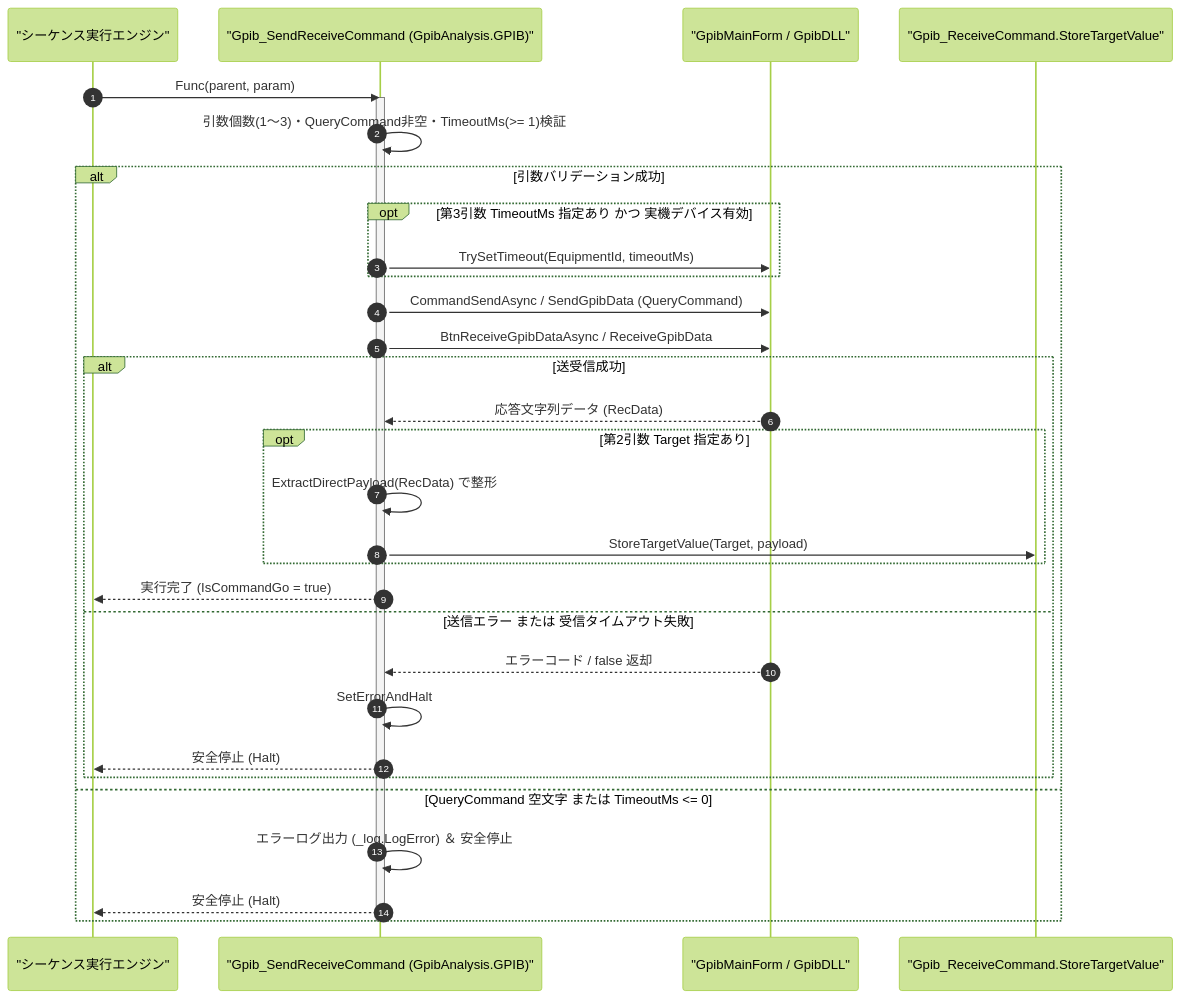
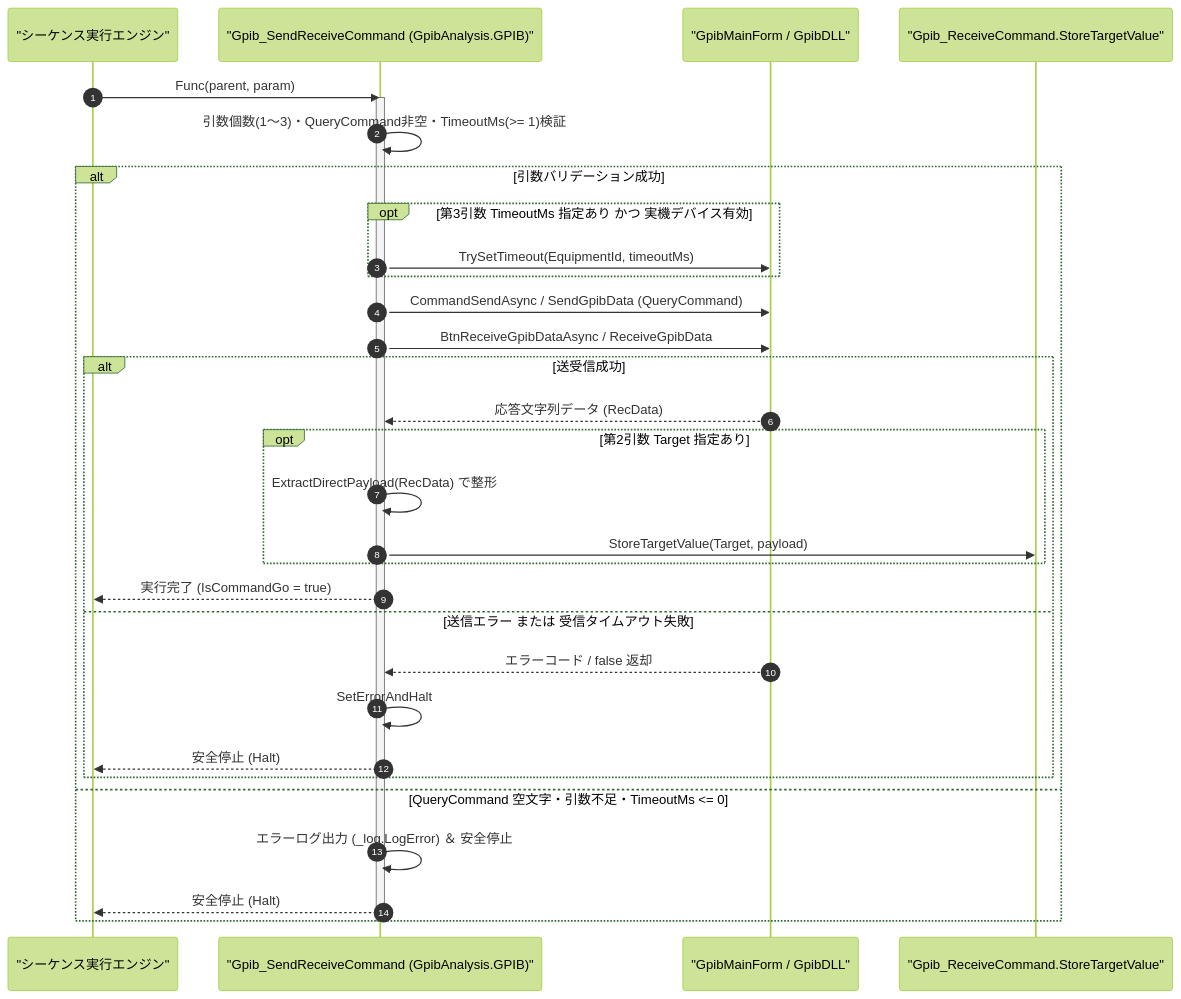
The diagram in Manual/GPIB/Gpib_SendReceive.Md (Monaca-App/GpibAddIn), drawn with Mermaid (forest theme) before and after one commit. The commit also changed other lines of this file and 32 other files, not shown here.

````diff
--- a/Manual/GPIB/Gpib_SendReceive.Md
+++ b/Manual/GPIB/Gpib_SendReceive.Md
@@ -69,35 +69,35 @@
 ```mermaid
 sequenceDiagram
     autonumber
     participant Script as "シーケンス実行エンジン"
     participant Cmd as "Gpib_SendReceiveCommand (GpibAnalysis.GPIB)"
     participant Host as "GpibMainForm / GpibDLL"
     participant Var as "Gpib_ReceiveCommand.StoreTargetValue"
 
     Script->>Cmd: Func(parent, param)
     activate Cmd
     Cmd->>Cmd: 引数個数(1〜3)・QueryCommand非空・TimeoutMs(>= 1)検証
     alt 引数バリデーション成功
         opt 第3引数 TimeoutMs 指定あり かつ 実機デバイス有効
             Cmd->>Host: TrySetTimeout(EquipmentId, timeoutMs)
         end
         Cmd->>Host: CommandSendAsync / SendGpibData (QueryCommand)
         Cmd->>Host: BtnReceiveGpibDataAsync / ReceiveGpibData
         alt 送受信成功
             Host-->>Cmd: 応答文字列データ (RecData)
             opt 第2引数 Target 指定あり
                 Cmd->>Cmd: ExtractDirectPayload(RecData) で整形
                 Cmd->>Var: StoreTargetValue(Target, payload)
             end
             Cmd-->>Script: 実行完了 (IsCommandGo = true)
         else 送信エラー または 受信タイムアウト失敗
             Host-->>Cmd: エラーコード / false 返却
             Cmd->>Cmd: SetErrorAndHalt
             Cmd-->>Script: 安全停止 (Halt)
         end
-    else QueryCommand 空文字 または TimeoutMs <= 0
+    else QueryCommand 空文字・引数不足・TimeoutMs <= 0
         Cmd->>Cmd: エラーログ出力 (_log.LogError) ＆ 安全停止
         Cmd-->>Script: 安全停止 (Halt)
     end
     deactivate Cmd
 ```
````
